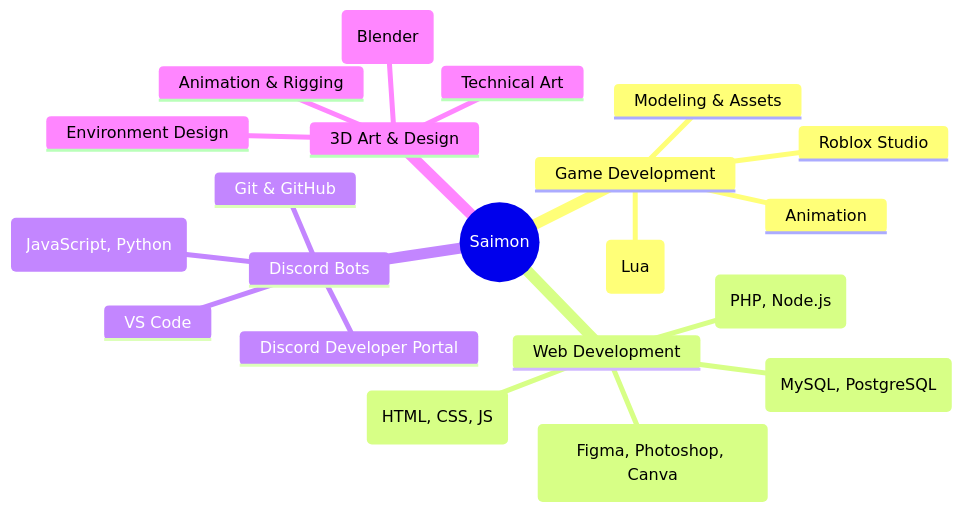
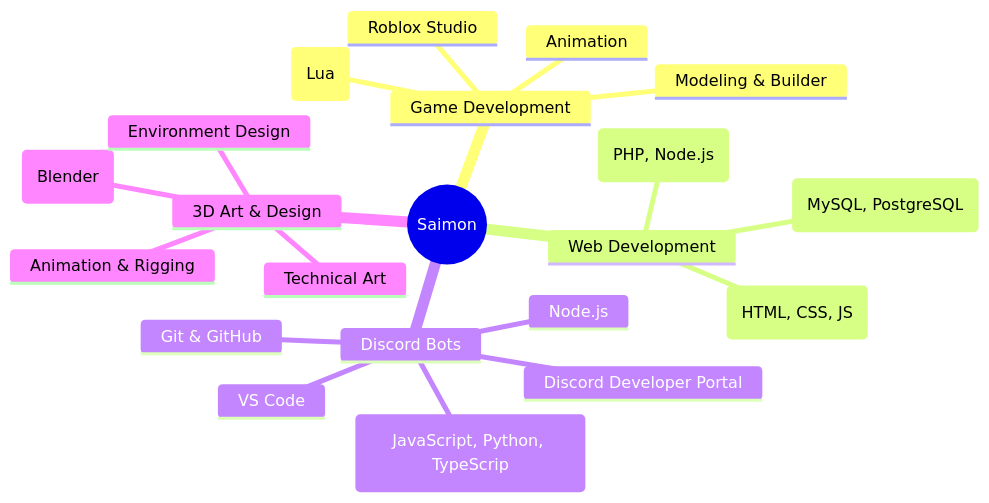
One commit to Sa2mon/Sa2mon changed the diagram in README.md. Above: the diagram before and after it, drawn with Mermaid.

````diff
--- a/README.md
+++ b/README.md
@@ -116,24 +116,24 @@
 ```mermaid
 mindmap
   root((Saimon))
     Game Development
       Roblox Studio
       Scripting (Lua)
       Animation
-      Modeling & Assets
+      Modeling & Builder
     Web Development
       Frontend (HTML, CSS, JS)
       Backend (PHP, Node.js)
       Databases (MySQL, PostgreSQL)
-      UI/UX Design (Figma, Photoshop, Canva)
     Discord Bots
-      Bot Development (JavaScript, Python)
+      Bot Development (JavaScript, Python, TypeScrip)
       VS Code
       Discord Developer Portal
       Git & GitHub
+      Node.js
     3D Art & Design
       Character Modeling (Blender)
       Environment Design
       Technical Art
       Animation & Rigging
 ```
````
